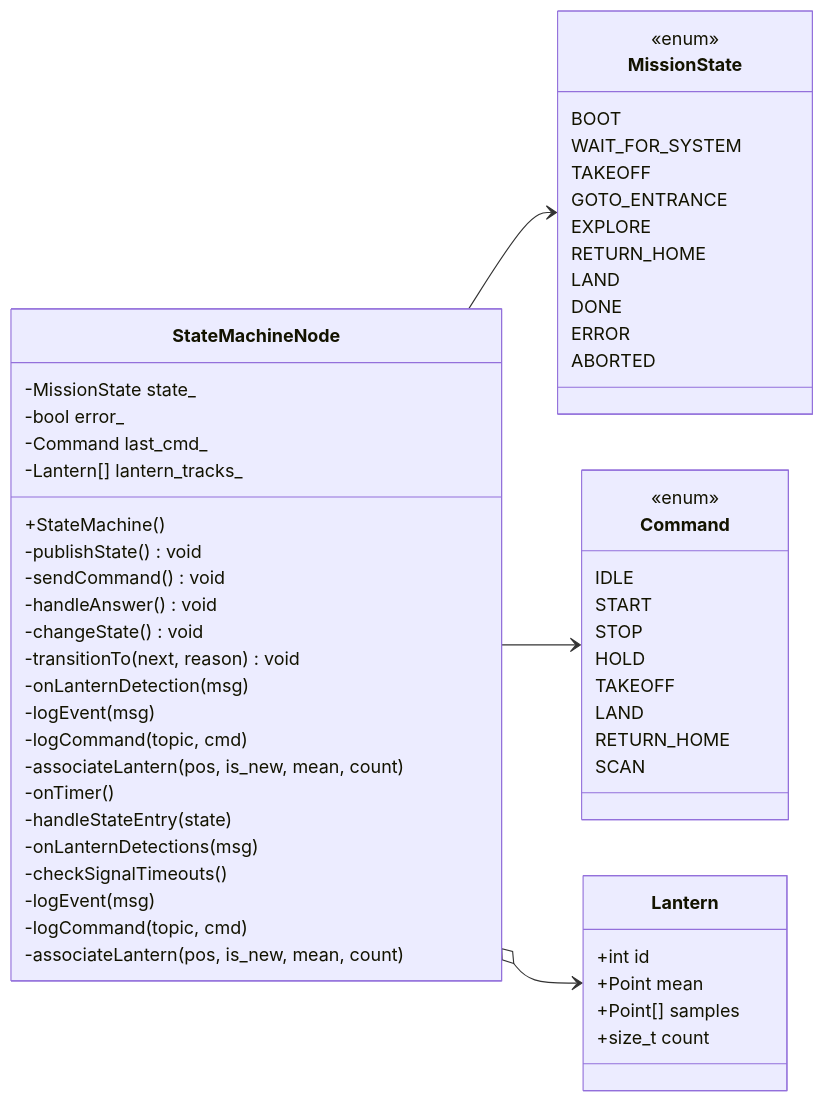
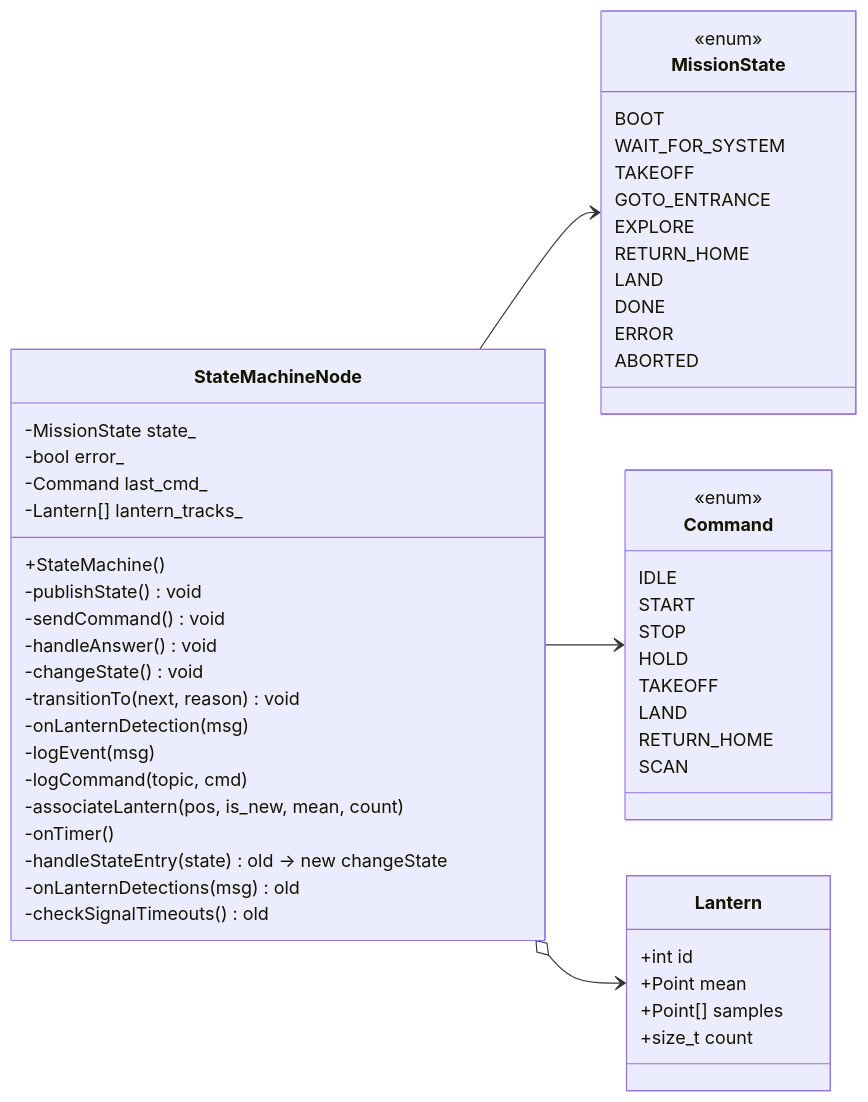
One commit to lkitzbichler/Autonomous-Systems-Sub-Terrain-Challenge-GR04 changed the second of 2 diagrams in ros2_ws/src/statemachine_pkg/STATEMACHINE_DESIGN.md. Above: the diagram before and after it, drawn with Mermaid. The commit also changed 8 other files, not shown here.

````diff
--- a/ros2_ws/src/statemachine_pkg/STATEMACHINE_DESIGN.md
+++ b/ros2_ws/src/statemachine_pkg/STATEMACHINE_DESIGN.md
@@ -261,73 +261,68 @@
 ```mermaid
 classDiagram
   direction LR
 
   class StateMachineNode {
     +StateMachine()
     -publishState() void
     -sendCommand() void
     -handleAnswer() void 
     -changeState() void
     -transitionTo(next, reason) void
 
     -onLanternDetection(msg)
 
     -logEvent(msg)
     -logCommand(topic, cmd)
     -associateLantern(pos, is_new, mean, count)
 
     -onTimer()
-    -handleStateEntry(state)
+    -handleStateEntry(state) old -> new changeState
     
-    -onLanternDetections(msg)
-    -checkSignalTimeouts()
-    
-    -logEvent(msg)
-    -logCommand(topic, cmd)
-    
-    -associateLantern(pos, is_new, mean, count)
+    -onLanternDetections(msg) old
+    -checkSignalTimeouts() old
 
 
     -MissionState state_
     -bool error_
     -Command last_cmd_
     -Lantern[] lantern_tracks_
   }
 
   class Lantern {
     +int id
     +Point mean
     +Point[] samples
     +size_t count
   }
 
   class MissionState {
     <<enum>>
     BOOT
     WAIT_FOR_SYSTEM
     TAKEOFF
     GOTO_ENTRANCE
     EXPLORE
     RETURN_HOME
     LAND
     DONE
     ERROR
     ABORTED
   }
 
   class Command {
     <<enum>>
     IDLE
     START
     STOP
     HOLD
     TAKEOFF
     LAND
     RETURN_HOME
     SCAN
   }
 
   StateMachineNode --> MissionState
   StateMachineNode --> Command
   StateMachineNode o--> Lantern
 ```
````
